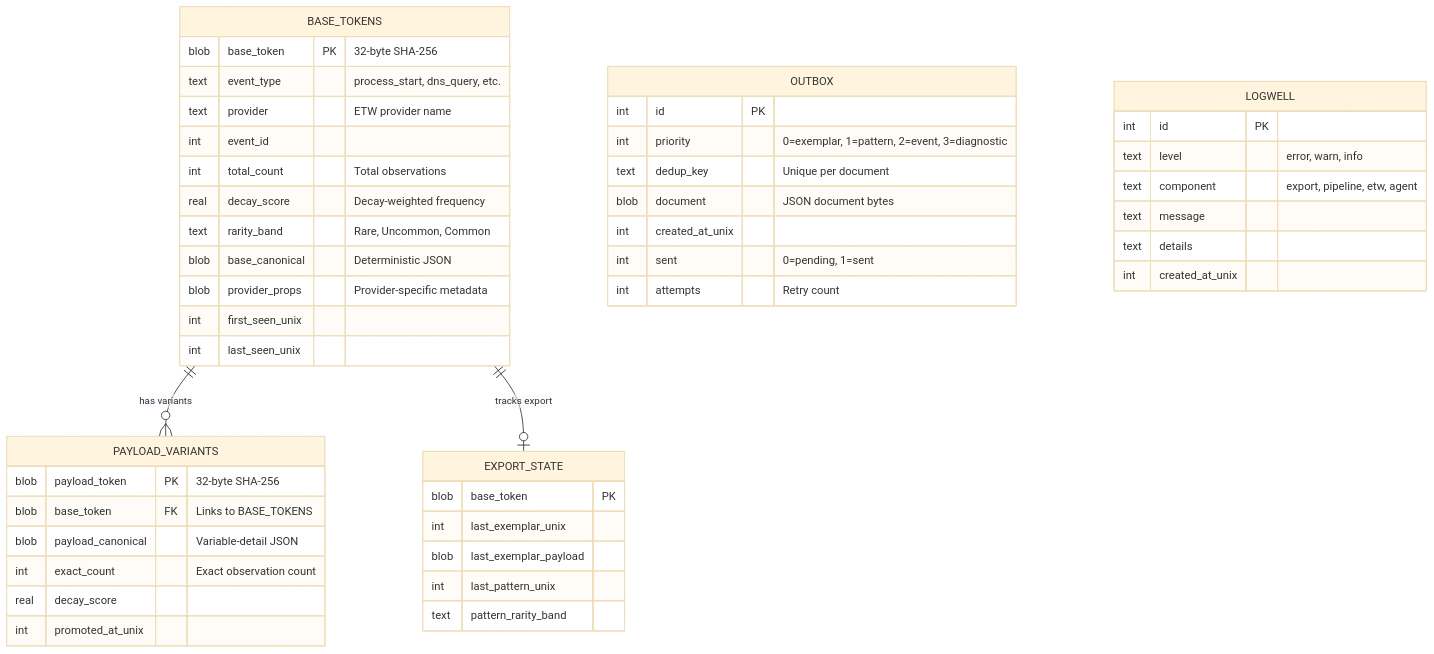
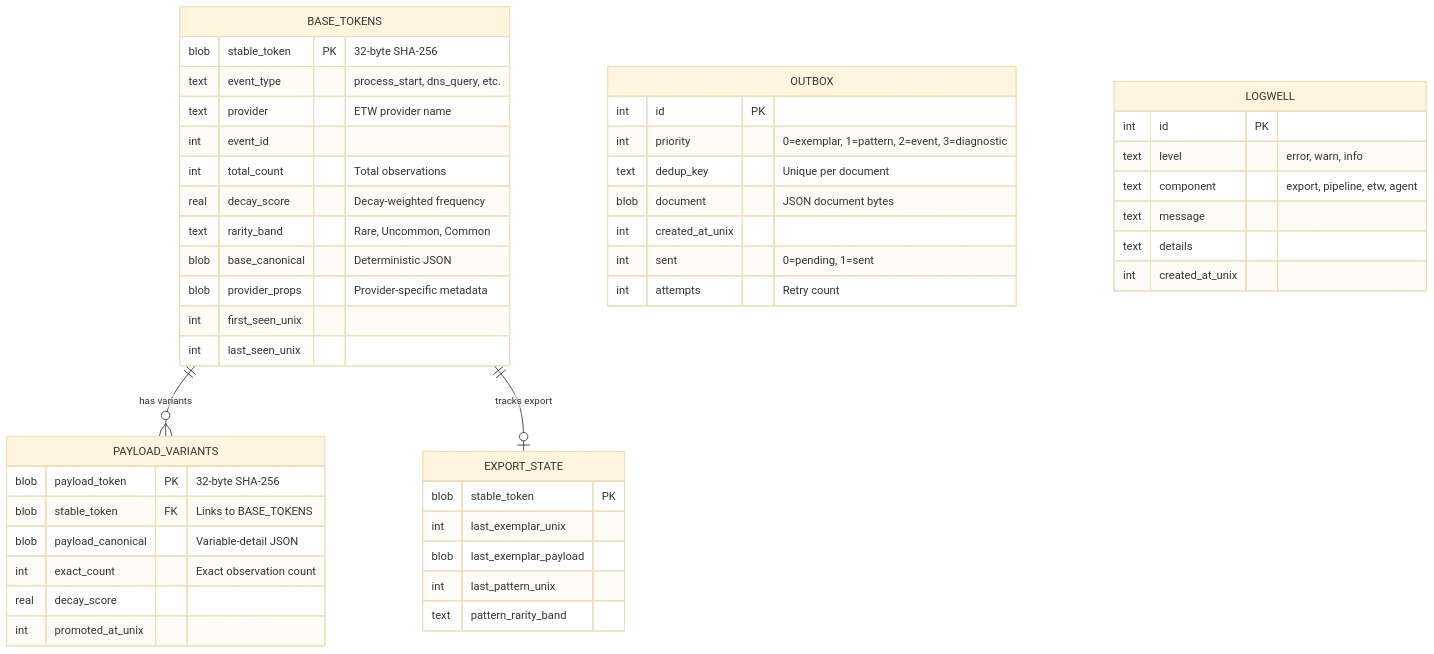
Before and after one commit to LongHorizons/WindOH: the sixth of 8 diagrams in LongHorizons/ARCHITECTURE.md, drawn with Mermaid (base theme). The commit also changed other lines of this file and 14 other files, not shown here.

First line of the commit message:
Rename base token -> stable token across all documentation

````diff
--- a/LongHorizons/ARCHITECTURE.md
+++ b/LongHorizons/ARCHITECTURE.md
@@ -250,55 +250,55 @@
 ```mermaid
 erDiagram
     BASE_TOKENS {
-        blob base_token PK "32-byte SHA-256"
+        blob stable_token PK "32-byte SHA-256"
         text event_type "process_start, dns_query, etc."
         text provider "ETW provider name"
         int event_id
         int total_count "Total observations"
         real decay_score "Decay-weighted frequency"
         text rarity_band "Rare, Uncommon, Common"
         blob base_canonical "Deterministic JSON"
         blob provider_props "Provider-specific metadata"
         int first_seen_unix
         int last_seen_unix
     }
 
     PAYLOAD_VARIANTS {
         blob payload_token PK "32-byte SHA-256"
-        blob base_token FK "Links to BASE_TOKENS"
+        blob stable_token FK "Links to BASE_TOKENS"
         blob payload_canonical "Variable-detail JSON"
         int exact_count "Exact observation count"
         real decay_score
         int promoted_at_unix
     }
 
     OUTBOX {
         int id PK
         int priority "0=exemplar, 1=pattern, 2=event, 3=diagnostic"
         text dedup_key "Unique per document"
         blob document "JSON document bytes"
         int created_at_unix
         int sent "0=pending, 1=sent"
         int attempts "Retry count"
     }
 
     LOGWELL {
         int id PK
         text level "error, warn, info"
         text component "export, pipeline, etw, agent"
         text message
         text details
         int created_at_unix
     }
 
     EXPORT_STATE {
-        blob base_token PK
+        blob stable_token PK
         int last_exemplar_unix
         blob last_exemplar_payload
         int last_pattern_unix
         text pattern_rarity_band
     }
 
     BASE_TOKENS ||--o{ PAYLOAD_VARIANTS : "has variants"
     BASE_TOKENS ||--o| EXPORT_STATE : "tracks export"
 ```
````
